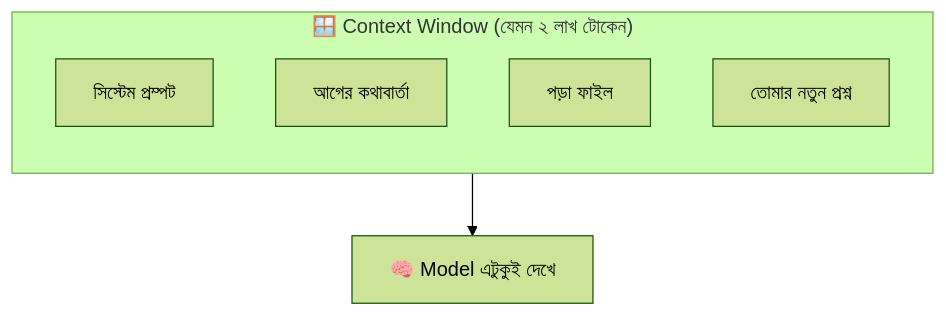
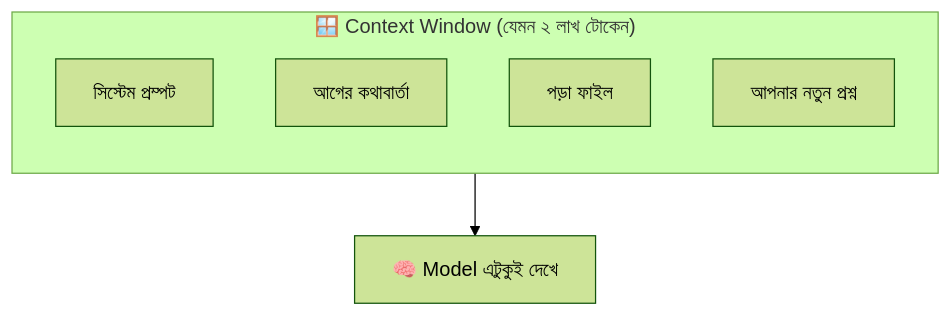
The first of 3 diagrams in dictionary/02-sessions-context-turns.md (dhrupo/dictionary-of-ai-coding-bangla), drawn with Mermaid (forest theme) before and after one commit. The commit also changed other lines of this file and 8 other files, not shown here.

````diff
--- a/dictionary/02-sessions-context-turns.md
+++ b/dictionary/02-sessions-context-turns.md
@@ -77,11 +52,11 @@
 ```mermaid
 flowchart TB
     subgraph CW["🪟 Context Window (যেমন ২ লাখ টোকেন)"]
         direction TB
         S["সিস্টেম প্রম্পট"]
         H["আগের কথাবার্তা"]
         F["পড়া ফাইল"]
-        N["তোমার নতুন প্রশ্ন"]
+        N["আপনার নতুন প্রশ্ন"]
     end
     CW --> M["🧠 Model এটুকুই দেখে"]
 ```
````
